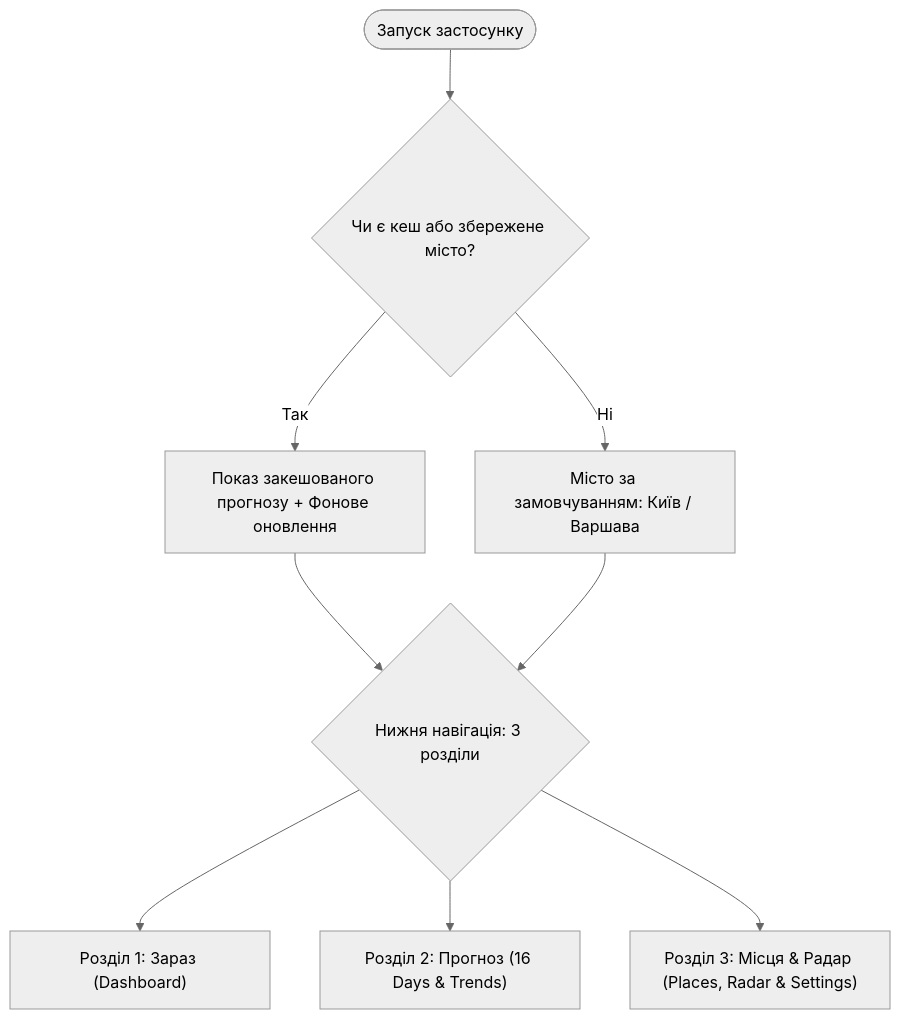
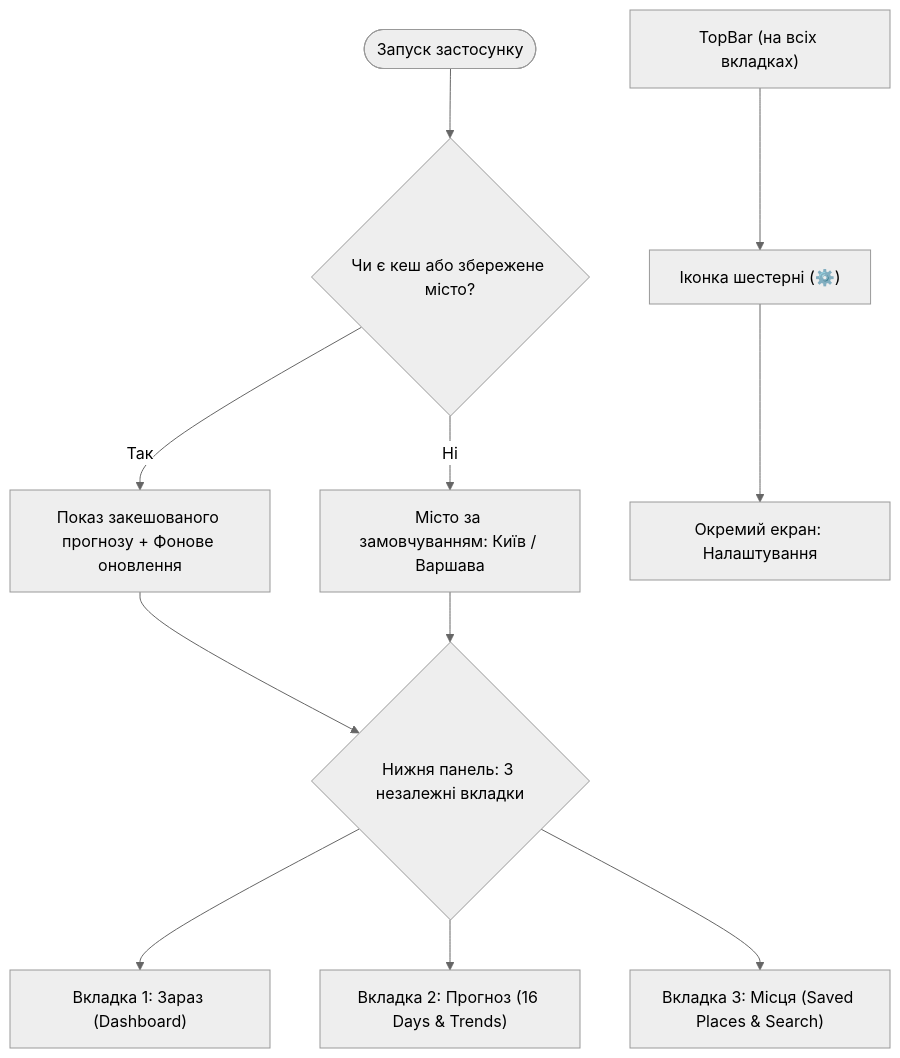
Before and after one commit to SaVoJ13/wather: the diagram in docs/ux/UX_SPEC.md, drawn with Mermaid (neutral theme). The commit also changed other lines of this file and 10 other files, not shown here.

````diff
--- a/docs/ux/UX_SPEC.md
+++ b/docs/ux/UX_SPEC.md
@@ -29,14 +35,17 @@
 ```mermaid
 flowchart TD
     AppLaunch([Запуск застосунку]) --> InitCheck{Чи є кеш або збережене місто?}
     
     InitCheck -- Так --> LoadCache[Показ закешованого прогнозу + Фонове оновлення]
     InitCheck -- Ні --> FirstRunDefault[Місто за замовчуванням: Київ / Варшава]
     
-    LoadCache --> TabNavigation{Нижня навігація: 3 розділи}
+    LoadCache --> TabNavigation{Нижня панель: 3 незалежні вкладки}
     FirstRunDefault --> TabNavigation
     
-    TabNavigation --> SectionNow["Розділ 1: Зараз (Dashboard)"]
-    TabNavigation --> SectionForecast["Розділ 2: Прогноз (16 Days & Trends)"]
-    TabNavigation --> SectionPlacesRadar["Розділ 3: Місця & Радар (Places, Radar & Settings)"]
+    TabNavigation --> SectionNow["Вкладка 1: Зараз (Dashboard)"]
+    TabNavigation --> SectionForecast["Вкладка 2: Прогноз (16 Days & Trends)"]
+    TabNavigation --> SectionPlaces["Вкладка 3: Місця (Saved Places & Search)"]
+    
+    TopBarActions["TopBar (на всіх вкладках)"] --> SettingsIcon["Іконка шестерні (⚙️)"]
+    SettingsIcon --> ScreenSettings["Окремий екран: Налаштування"]
 ```
````
